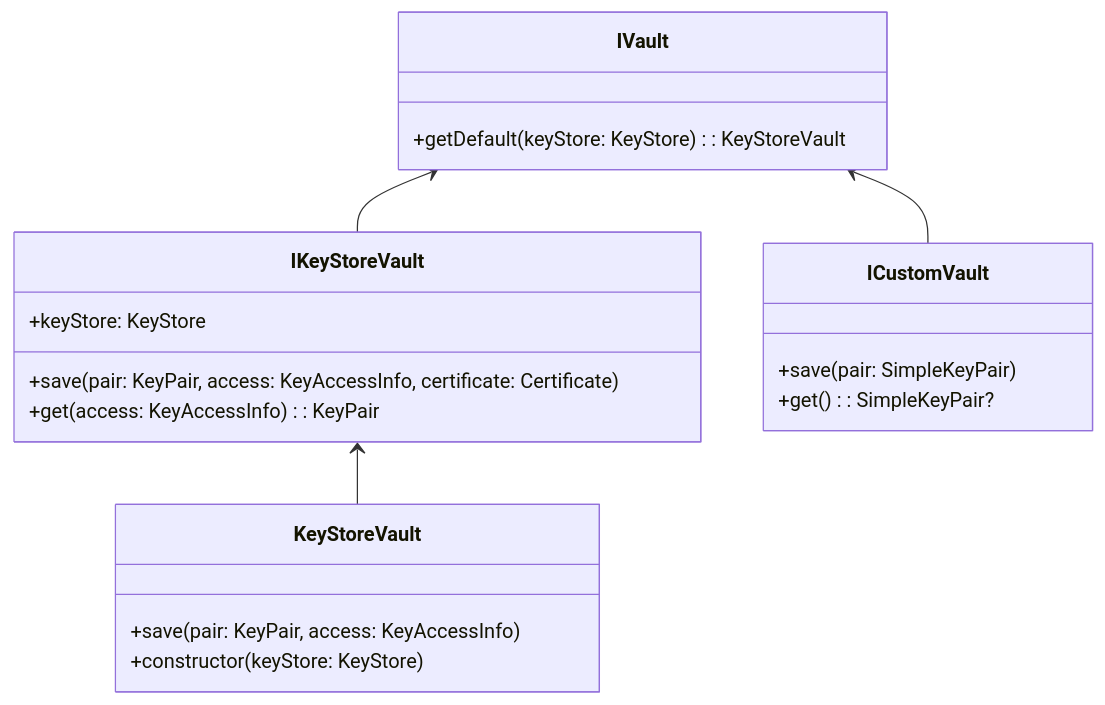
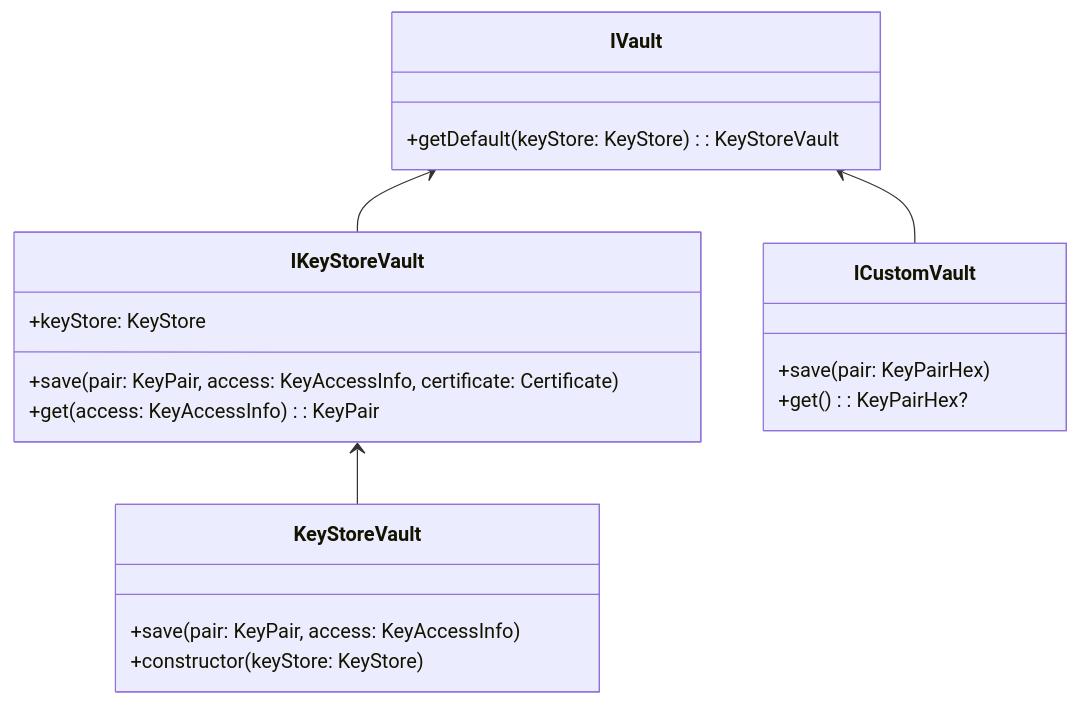
One commit to planet-nine-app/sessionless changed the second of 4 diagrams in src/kotlin/README.md. Above: the diagram before and after it, drawn with Mermaid.

````diff
--- a/src/kotlin/README.md
+++ b/src/kotlin/README.md
@@ -40,25 +40,25 @@
 ```mermaid
 classDiagram
   class IVault {
     +getDefault(keyStore: KeyStore): KeyStoreVault
   }
   class IKeyStoreVault {
     +keyStore: KeyStore
 
     +save(pair: KeyPair, access: KeyAccessInfo, certificate: Certificate)
     +get(access: KeyAccessInfo): KeyPair
   }
   class ICustomVault {
-    +save(pair: SimpleKeyPair)
-    +get(): SimpleKeyPair?
+    +save(pair: KeyPairHex)
+    +get(): KeyPairHex?
   }
 
   class KeyStoreVault {
     +save(pair: KeyPair, access: KeyAccessInfo)
     +constructor(keyStore: KeyStore)
   }
 
   IVault <-- IKeyStoreVault
   IVault <-- ICustomVault
   IKeyStoreVault <-- KeyStoreVault
 ```
````
